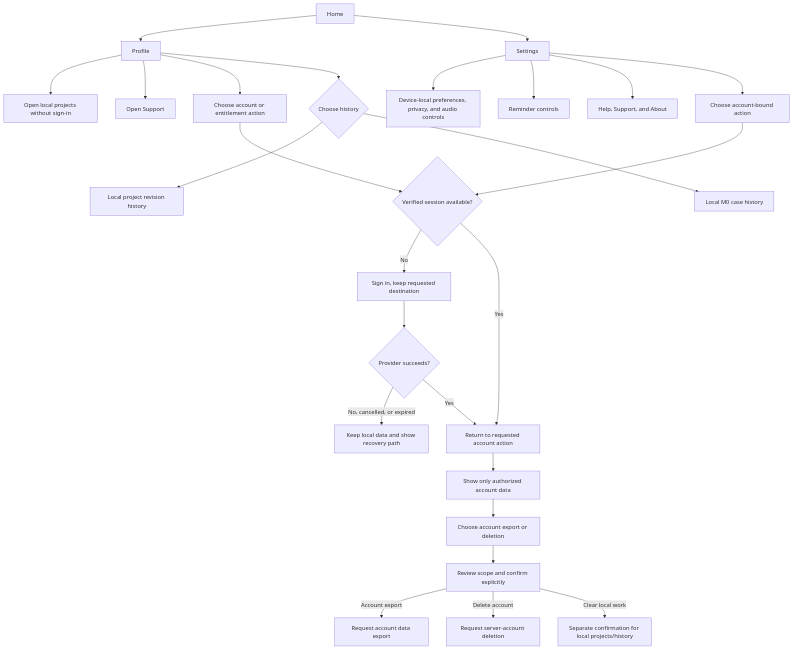
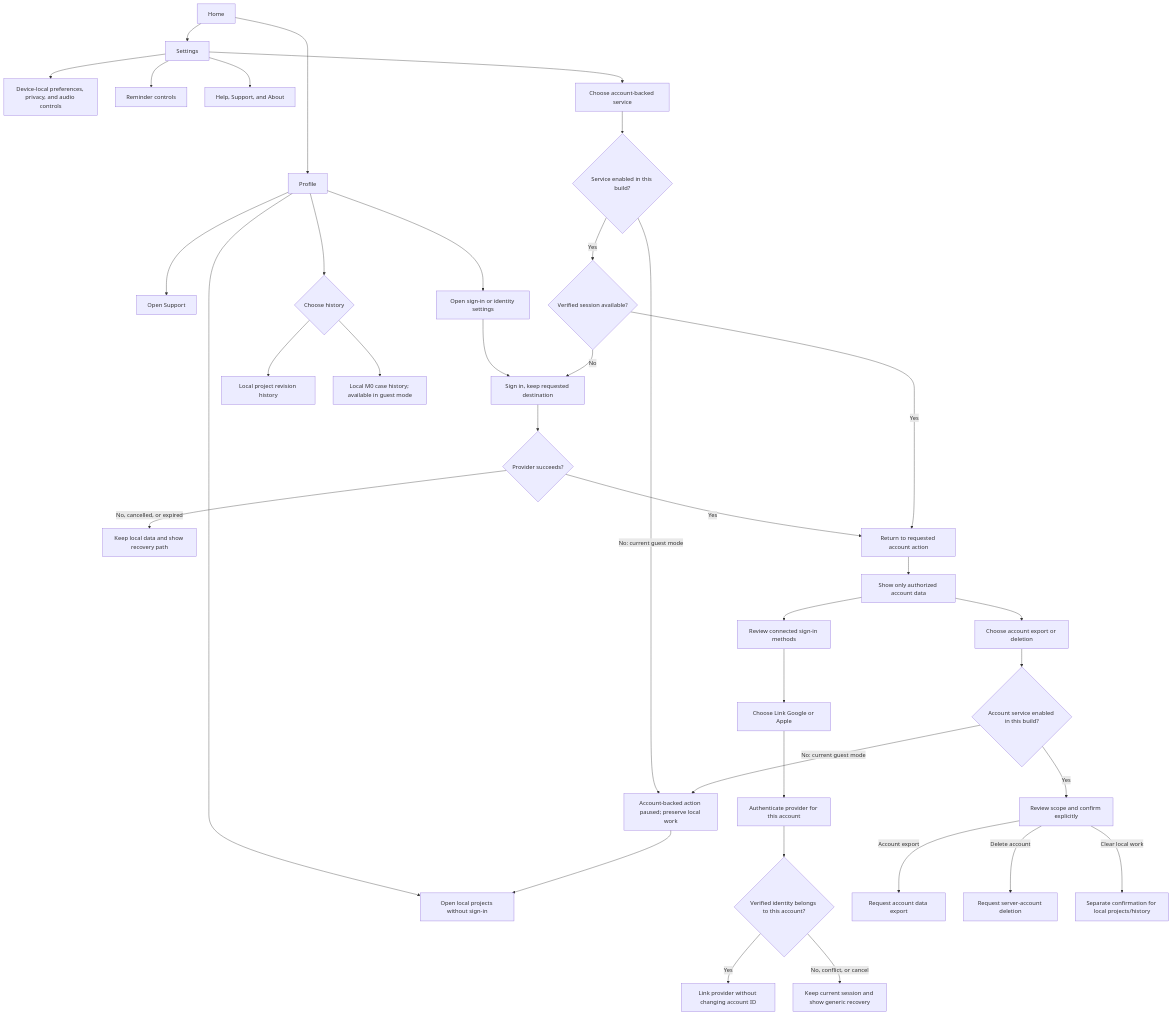
One commit to AndroLay/evidrilo changed the eighth of 12 diagrams in docs/product/workflows.md. Above: the diagram before and after it, drawn with Mermaid. The commit also changed other lines of this file and 188 other files, not shown here.

```diff
--- a/docs/product/workflows.md
+++ b/docs/product/workflows.md
@@ -390,28 +414,39 @@
 ~~~mermaid
 flowchart TD
     Home[Home] --> Profile[Profile]
     Home --> Settings[Settings]
     Profile --> LocalProjects[Open local projects without sign-in]
     Profile --> Support[Open Support]
-    Profile --> AccountAction[Choose account or entitlement action]
+    Profile --> AccountAction[Open sign-in or identity settings]
     Settings --> Preferences[Device-local preferences, privacy, and audio controls]
     Settings --> Reminders[Reminder controls]
     Settings --> Help[Help, Support, and About]
-    Settings --> Protected[Choose account-bound action]
-    AccountAction --> Gate{Verified session available?}
-    Protected --> Gate
+    Settings --> Protected[Choose account-backed service]
+    Protected --> ServiceReady{Service enabled in this build?}
+    ServiceReady -->|No: current guest mode| Paused[Account-backed action paused; preserve local work]
+    Paused --> LocalProjects
+    ServiceReady -->|Yes| Gate{Verified session available?}
+    AccountAction --> Auth
     Gate -->|No| Auth[Sign in, keep requested destination]
     Auth --> AuthResult{Provider succeeds?}
     AuthResult -->|No, cancelled, or expired| Return[Keep local data and show recovery path]
     AuthResult -->|Yes| Destination[Return to requested account action]
     Gate -->|Yes| Destination
     Destination --> AccountData[Show only authorized account data]
+    AccountData --> ConnectedMethods[Review connected sign-in methods]
+    ConnectedMethods --> LinkProvider[Choose Link Google or Apple]
+    LinkProvider --> Reauthenticate[Authenticate provider for this account]
+    Reauthenticate --> LinkCheck{Verified identity belongs to this account?}
+    LinkCheck -->|Yes| Linked[Link provider without changing account ID]
+    LinkCheck -->|No, conflict, or cancel| LinkRecovery[Keep current session and show generic recovery]
     Profile --> HistoryChoice{Choose history}
     HistoryChoice --> ProjectHistory[Local project revision history]
-    HistoryChoice --> CaseHistory[Local M0 case history]
+    HistoryChoice --> CaseHistory[Local M0 case history; available in guest mode]
     AccountData --> Delete[Choose account export or deletion]
-    Delete --> Confirm[Review scope and confirm explicitly]
+    Delete --> AccountServiceReady{Account service enabled in this build?}
+    AccountServiceReady -->|No: current guest mode| Paused
+    AccountServiceReady -->|Yes| Confirm[Review scope and confirm explicitly]
     Confirm -->|Account export| Export[Request account data export]
     Confirm -->|Delete account| DeleteAccount[Request server-account deletion]
     Confirm -->|Clear local work| ClearLocal[Separate confirmation for local projects/history]
 ~~~
```
